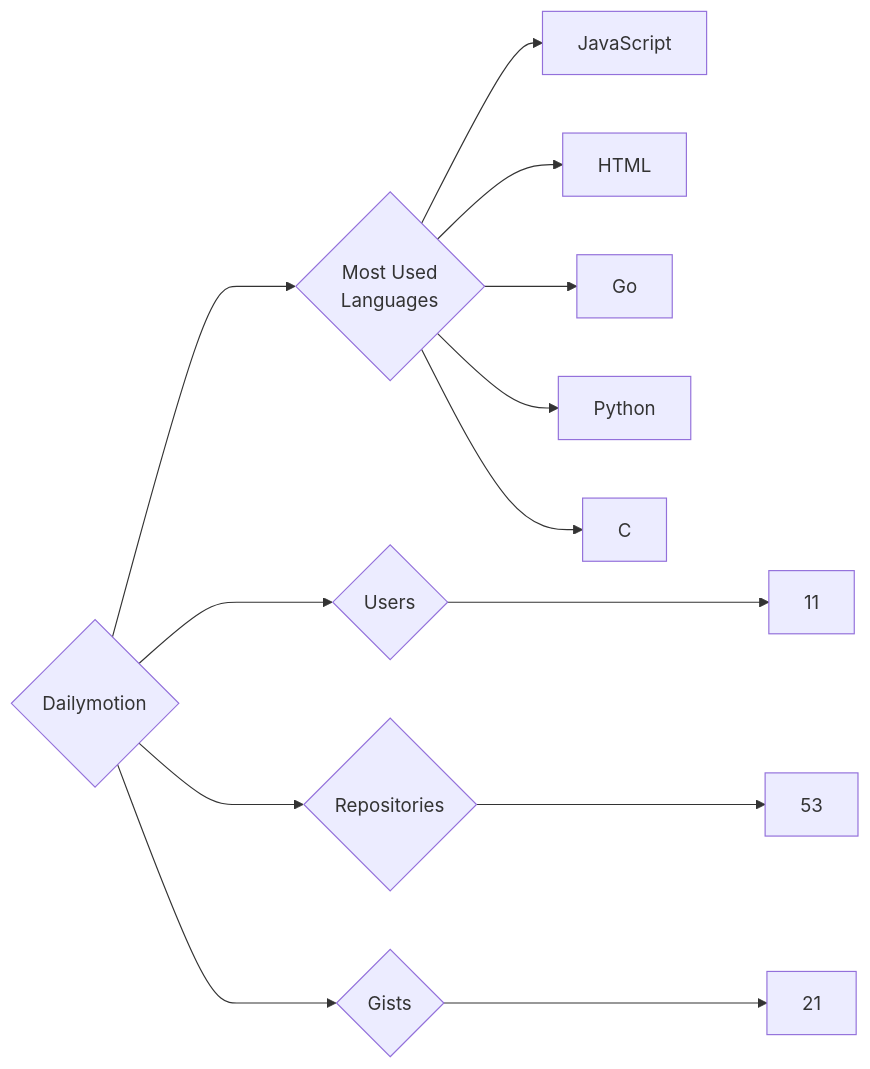
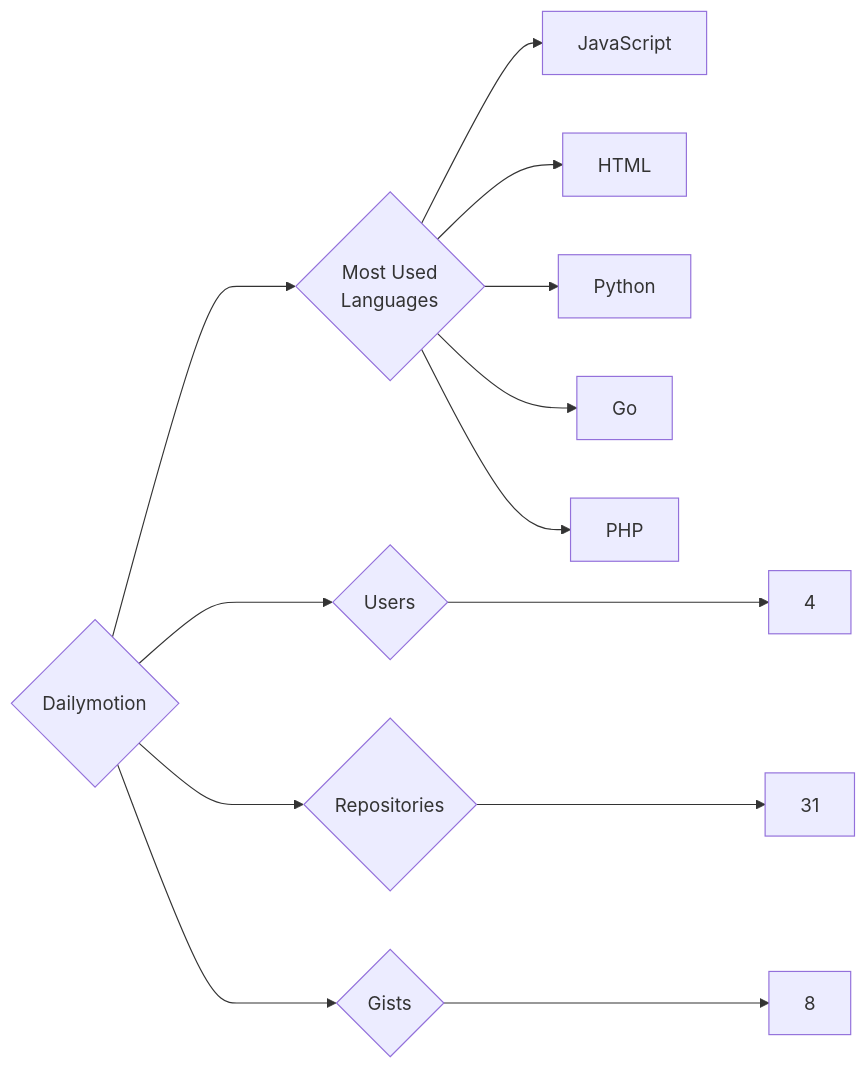
The diagram in targets/Dailymotion/README.md (trickest/insiders), drawn with Mermaid before and after one commit. The commit also changed 847 other files, not shown here.

````diff
--- a/targets/Dailymotion/README.md
+++ b/targets/Dailymotion/README.md
@@ -3,13 +3,13 @@
 ```mermaid
 graph LR
 COMPANY_NAME{Dailymotion}
-COMPANY_NAME ---> U{Users} ---> UN[11]
-COMPANY_NAME ---> R{Repositories} ---> RN[53]
-COMPANY_NAME ---> G{Gists} ---> GN[21]
+COMPANY_NAME ---> U{Users} ---> UN[4]
+COMPANY_NAME ---> R{Repositories} ---> RN[31]
+COMPANY_NAME ---> G{Gists} ---> GN[8]
 COMPANY_NAME ---> ML{Most Used<br>Languages}
 ML --> JavaScript[JavaScript]
 ML --> HTML[HTML]
+ML --> Python[Python]
 ML --> Go[Go]
-ML --> Python[Python]
-ML --> C[C]
+ML --> PHP[PHP]
 ```
````
